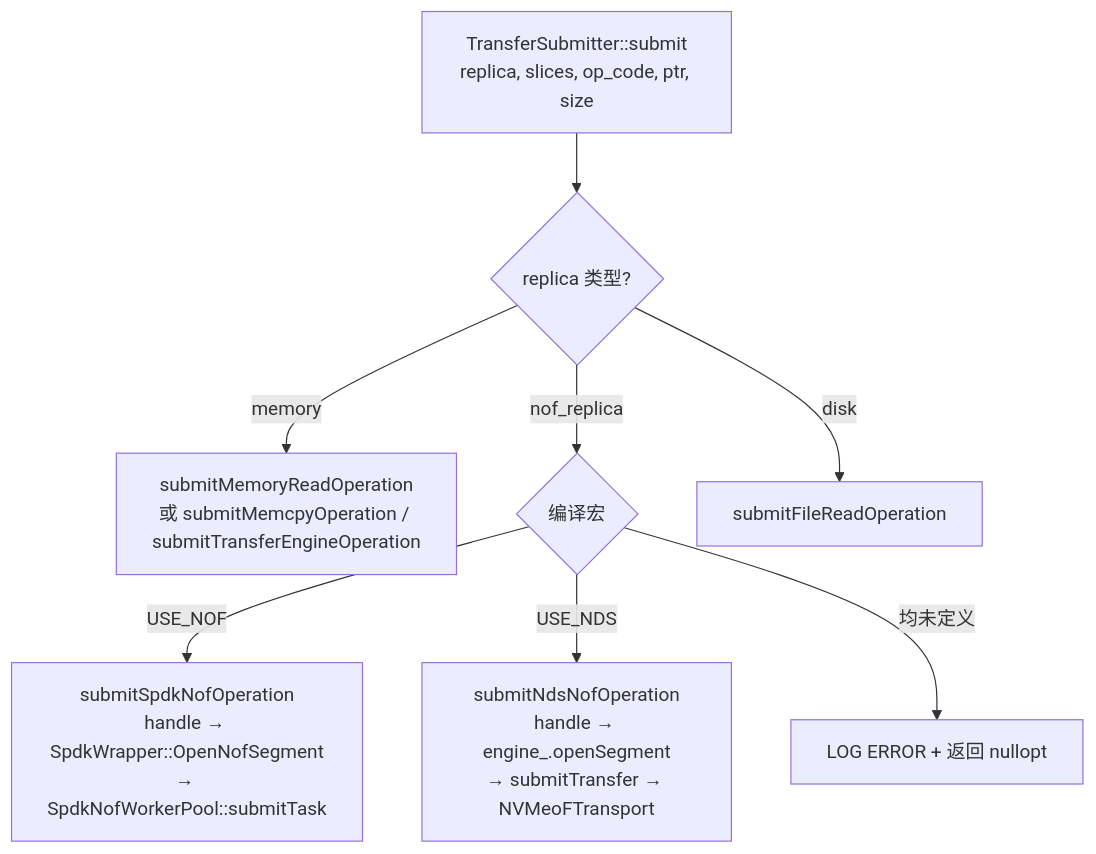
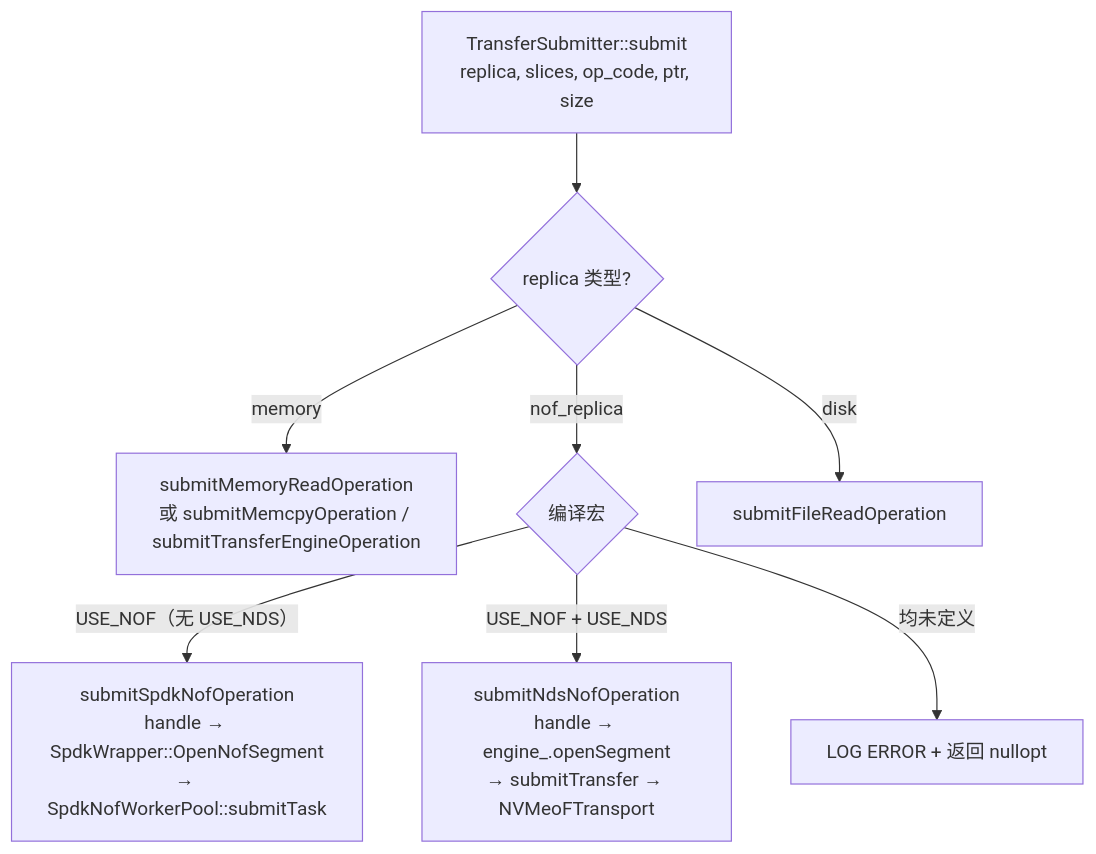
Before and after one commit to yz53665/Mooncake: diagram 13 of 17 in docs/rfc-nds-nvmeof-transport-cn.md, drawn with Mermaid. The commit also changed other lines of this file, not shown here.

````diff
--- a/docs/rfc-nds-nvmeof-transport-cn.md
+++ b/docs/rfc-nds-nvmeof-transport-cn.md
@@ -538,10 +557,10 @@
 ```mermaid
 flowchart TD
     A[TransferSubmitter::submit<br/>replica, slices, op_code, ptr, size] --> B{replica 类型?}
     B -->|memory| M[submitMemoryReadOperation<br/>或 submitMemcpyOperation / submitTransferEngineOperation]
     B -->|nof_replica| N{编译宏}
     B -->|disk| D[submitFileReadOperation]
-    N -->|USE_NOF| NOF_SPDK[submitSpdkNofOperation<br/>handle → SpdkWrapper::OpenNofSegment<br/>→ SpdkNofWorkerPool::submitTask]
-    N -->|USE_NDS| NOF_NDS[submitNdsNofOperation<br/>handle → engine_.openSegment<br/>→ submitTransfer → NVMeoFTransport]
+    N -->|"USE_NOF（无 USE_NDS）"| NOF_SPDK[submitSpdkNofOperation<br/>handle → SpdkWrapper::OpenNofSegment<br/>→ SpdkNofWorkerPool::submitTask]
+    N -->|"USE_NOF + USE_NDS"| NOF_NDS[submitNdsNofOperation<br/>handle → engine_.openSegment<br/>→ submitTransfer → NVMeoFTransport]
     N -->|均未定义| ERR[LOG ERROR + 返回 nullopt]
 ```
````
